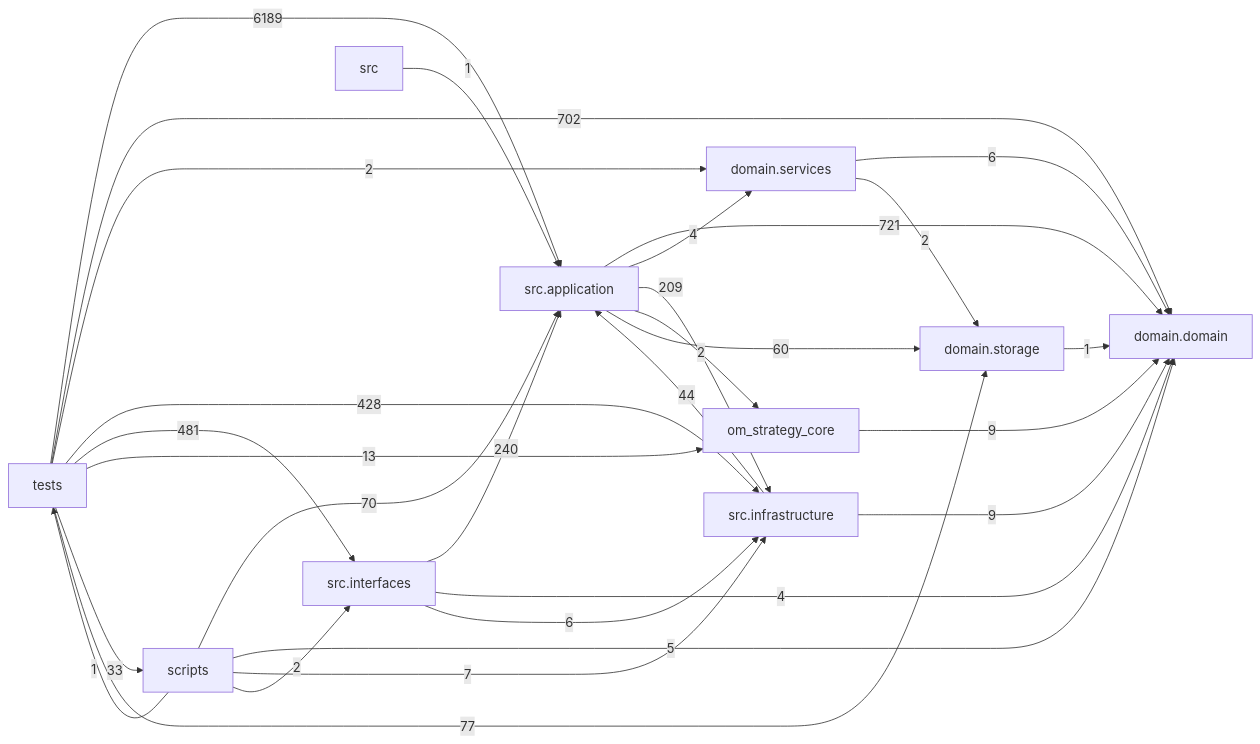
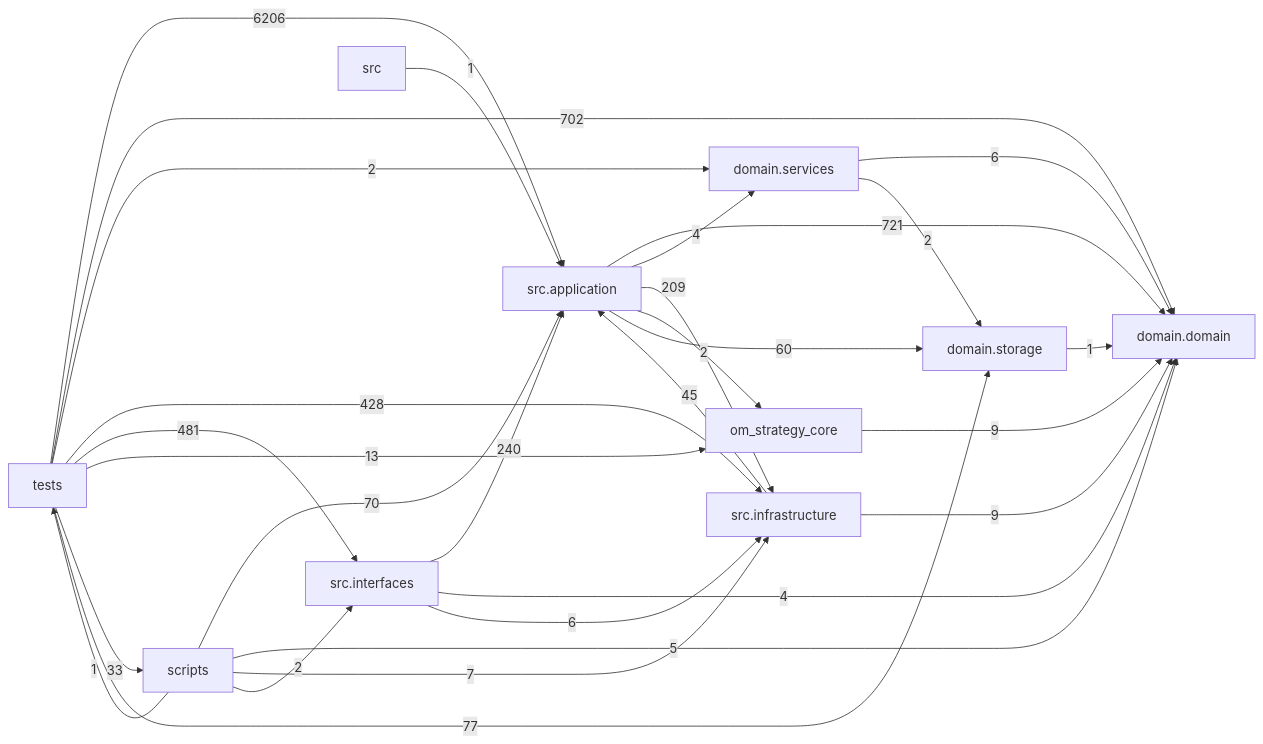
The diagram in docs/DEPENDENCY_GRAPH.md (liuxie066/options-monitor), drawn with Mermaid before and after one commit. The commit also changed other lines of this file and 13 other files, not shown here.

````diff
--- a/docs/DEPENDENCY_GRAPH.md
+++ b/docs/DEPENDENCY_GRAPH.md
@@ -24,39 +24,39 @@
 ```mermaid
 flowchart LR
   tests["tests"]
   scripts["scripts"]
   interfaces["src.interfaces"]
   application["src.application"]
   infrastructure["src.infrastructure"]
   domain_services["domain.services"]
   domain["domain.domain"]
   storage["domain.storage"]
   application -->|721| domain
   application -->|4| domain_services
   application -->|209| infrastructure
   application -->|2| om_strategy_core
   application -->|60| storage
   domain_services -->|6| domain
   domain_services -->|2| storage
-  infrastructure -->|44| application
+  infrastructure -->|45| application
   infrastructure -->|9| domain
   interfaces -->|240| application
   interfaces -->|4| domain
   interfaces -->|6| infrastructure
   om_strategy_core -->|9| domain
   scripts -->|70| application
   scripts -->|5| domain
   scripts -->|7| infrastructure
   scripts -->|2| interfaces
   scripts -->|1| tests
   src -->|1| application
   storage -->|1| domain
-  tests -->|6189| application
+  tests -->|6206| application
   tests -->|702| domain
   tests -->|2| domain_services
   tests -->|428| infrastructure
   tests -->|481| interfaces
   tests -->|13| om_strategy_core
   tests -->|33| scripts
   tests -->|77| storage
 ```
````
